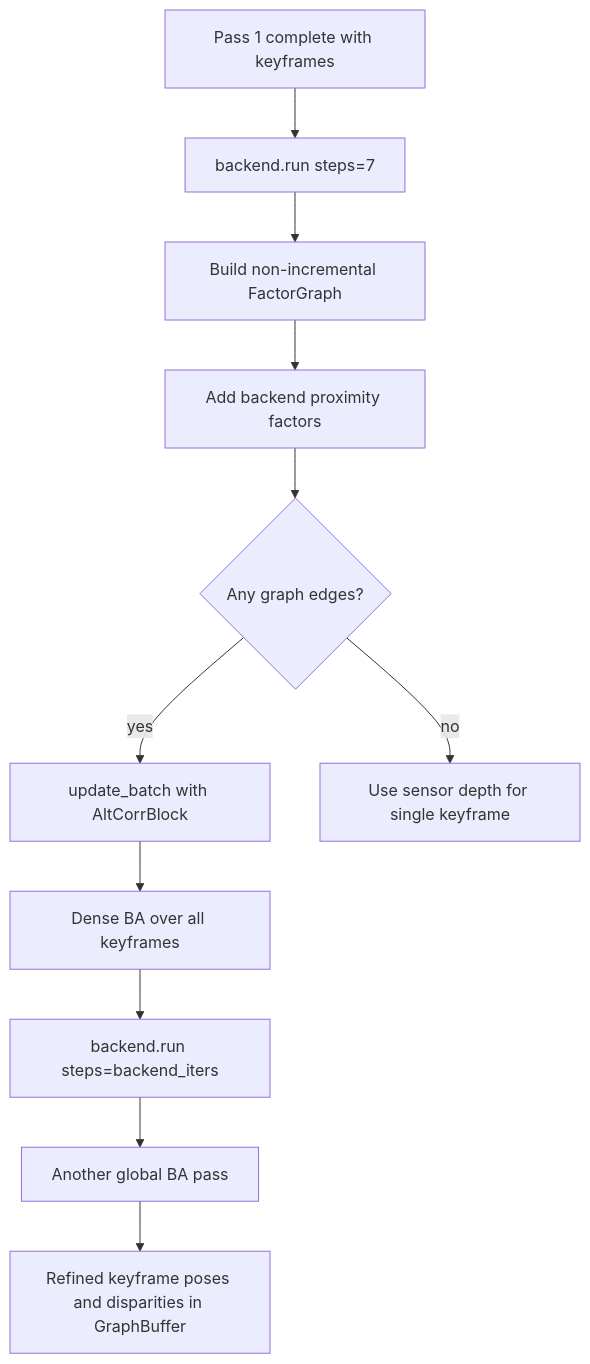
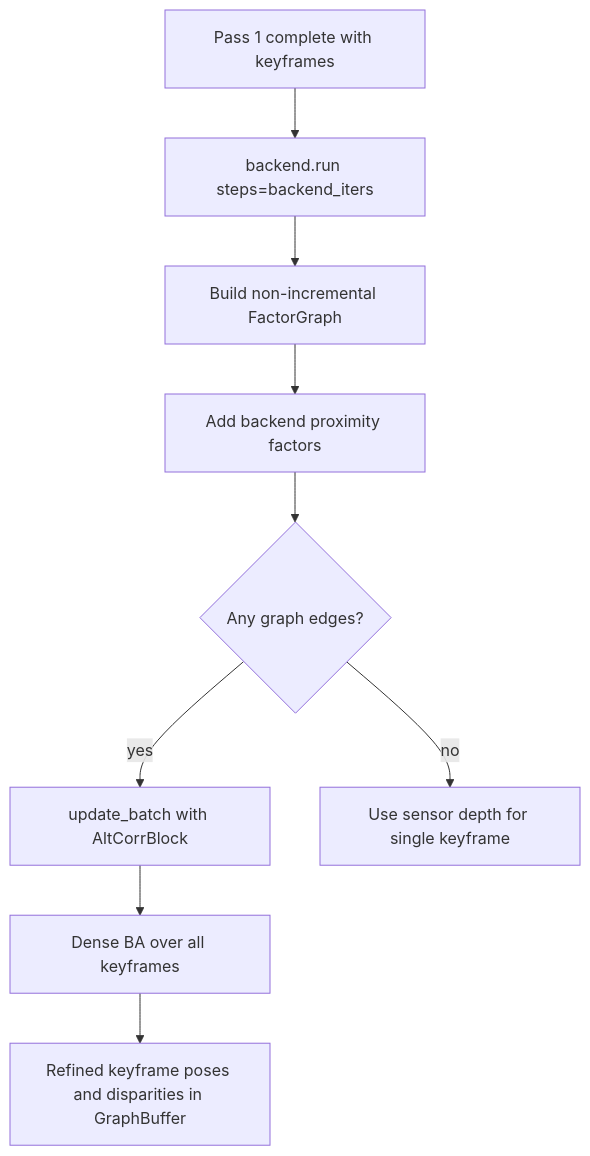
The eighth of 12 diagrams in fullexplain.md (sadanand1120/vipe), drawn with Mermaid before and after one commit. The commit also changed other lines of this file and 8 other files, not shown here.

Commit message:
clean save_viz etc and single backend pass instead of two

````diff
--- a/fullexplain.md
+++ b/fullexplain.md
@@ -1157,13 +1154,11 @@
 ```mermaid
 flowchart TD
-    A[Pass 1 complete with keyframes] --> B[backend.run steps=7]
+    A[Pass 1 complete with keyframes] --> B[backend.run steps=backend_iters]
     B --> C[Build non-incremental FactorGraph]
     C --> D[Add backend proximity factors]
     D --> E{Any graph edges?}
     E -->|yes| F[update_batch with AltCorrBlock]
     E -->|no| G[Use sensor depth for single keyframe]
     F --> H[Dense BA over all keyframes]
-    H --> I[backend.run steps=backend_iters]
-    I --> J[Another global BA pass]
-    J --> K[Refined keyframe poses and disparities in GraphBuffer]
+    H --> K[Refined keyframe poses and disparities in GraphBuffer]
 ```
````
